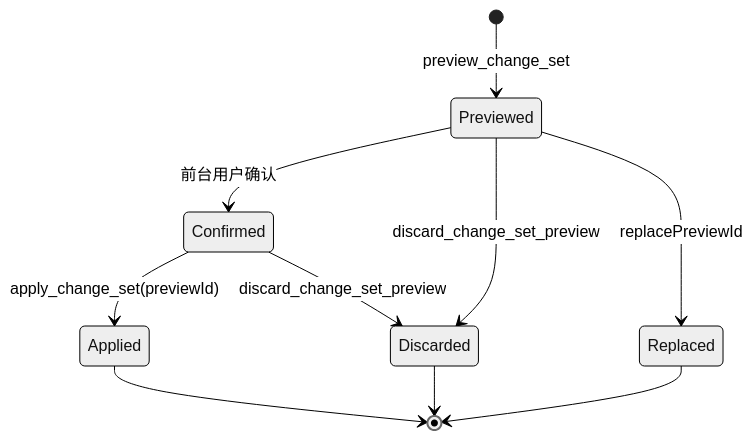
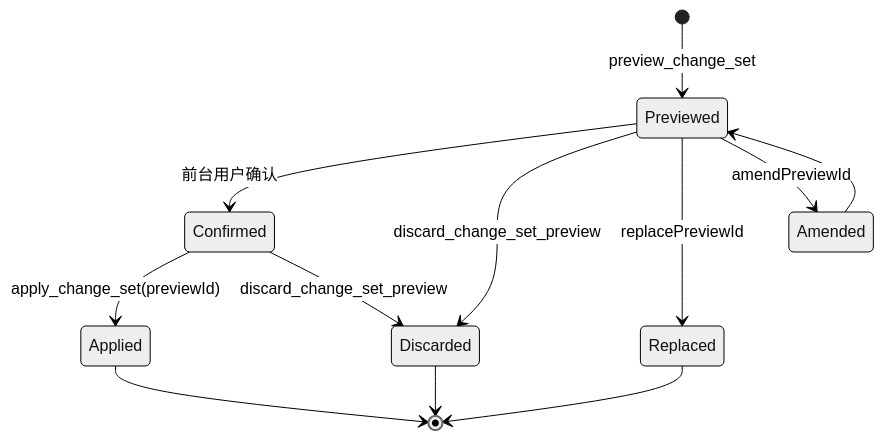
The third of 3 diagrams in Docs/Architecture/05-AI与Bridge.md (zeastwin/Automation), drawn with Mermaid (neutral theme) before and after one commit. The commit also changed other lines of this file and 73 other files, not shown here.

````diff
--- a/Docs/Architecture/05-AI与Bridge.md
+++ b/Docs/Architecture/05-AI与Bridge.md
@@ -108,12 +109,14 @@
 ```mermaid
 stateDiagram-v2
     [*] --> Previewed: preview_change_set
     Previewed --> Confirmed: 前台用户确认
     Previewed --> Discarded: discard_change_set_preview
     Previewed --> Replaced: replacePreviewId
+    Previewed --> Amended: amendPreviewId
     Confirmed --> Applied: apply_change_set(previewId)
     Confirmed --> Discarded: discard_change_set_preview
     Applied --> [*]
     Discarded --> [*]
     Replaced --> [*]
+    Amended --> Previewed
 ```
````
